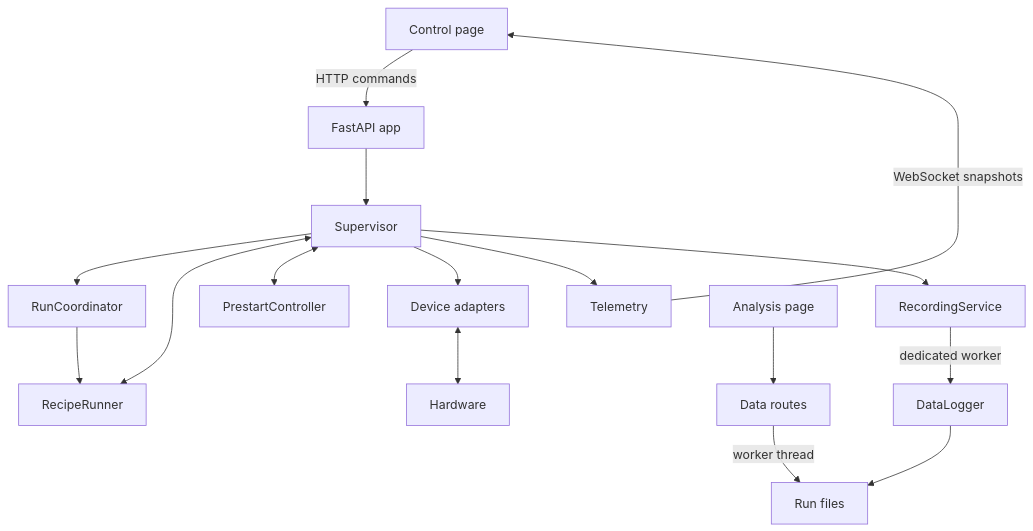
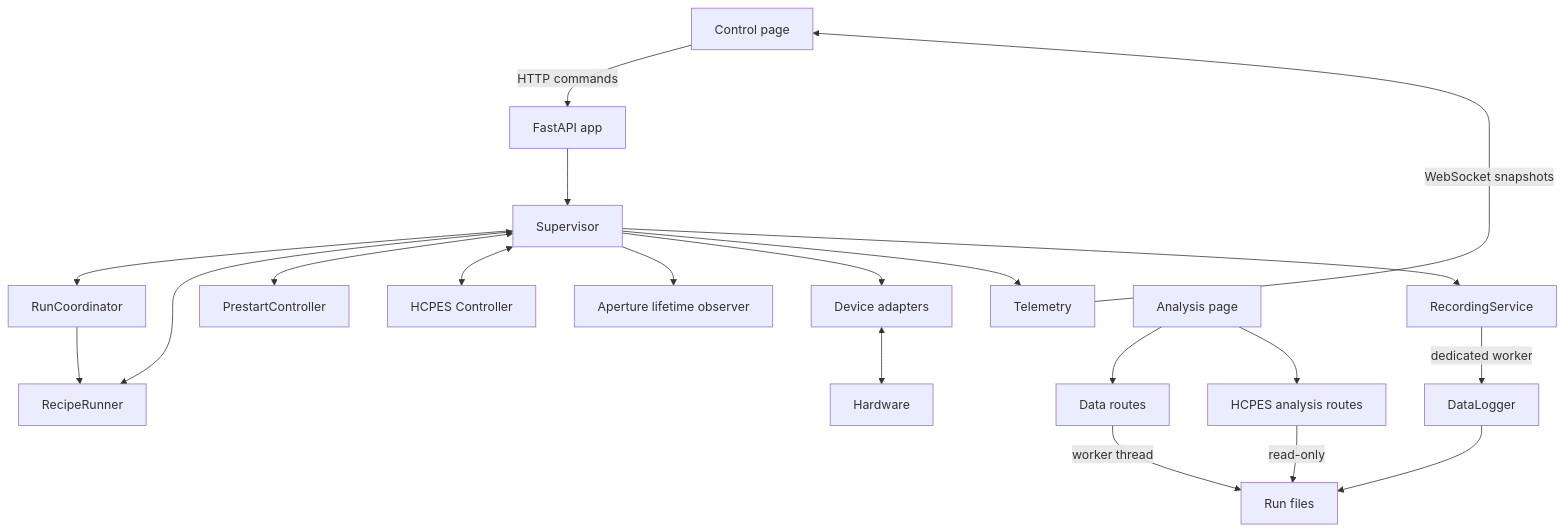
The diagram in docs/ARCHITECTURE.md (zsobell/reactor-interface), drawn with Mermaid before and after one commit. The commit also changed other lines of this file and 56 other files, not shown here.

````diff
--- a/docs/ARCHITECTURE.md
+++ b/docs/ARCHITECTURE.md
@@ -10,18 +10,22 @@
 ```mermaid
 flowchart TD
     Browser[Control page] -->|HTTP commands| API[FastAPI app]
     API --> Supervisor
     Supervisor --> RunCoordinator
     RunCoordinator --> RecipeRunner
     Supervisor <--> RecipeRunner
     Supervisor <--> PrestartController
+    Supervisor <--> HCPES[HCPES Controller]
+    Supervisor --> Aperture[Aperture lifetime observer]
     Supervisor --> Devices[Device adapters]
     Devices <--> Hardware
     Supervisor --> Telemetry
     Telemetry -->|WebSocket snapshots| Browser
     Supervisor --> RecordingService
     RecordingService -->|dedicated worker| DataLogger
     DataLogger --> Files[Run files]
     Analysis[Analysis page] --> DataRoutes[Data routes]
+    Analysis --> HCPESRoutes[HCPES analysis routes]
     DataRoutes -->|worker thread| Files
+    HCPESRoutes -->|read-only| Files
 ```
````
